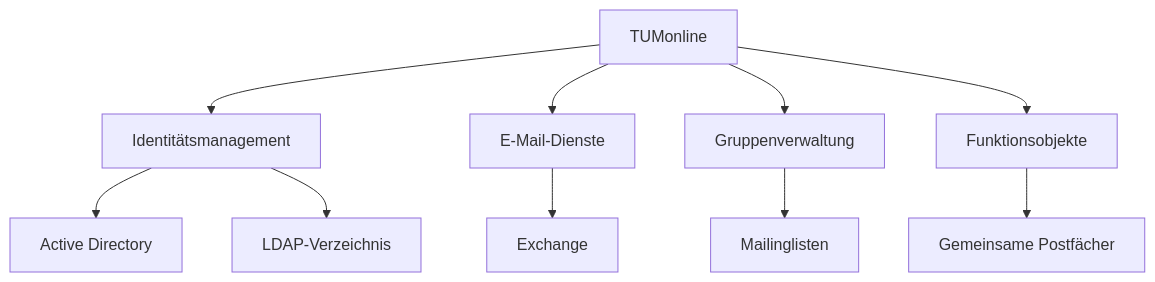
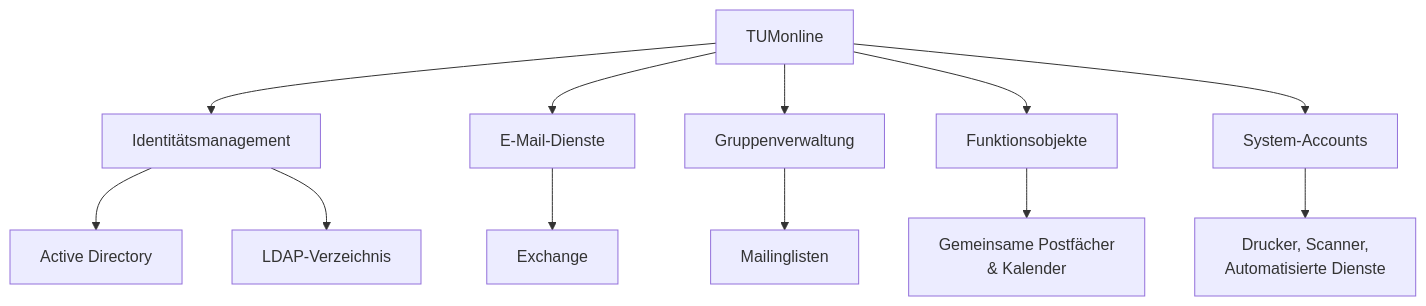
The seventh of 7 diagrams in de/chapters/03-benutzerverwaltung.qmd (jtimo/tum-ito-admin-guide), drawn with Mermaid before and after one commit. The commit also changed other lines of this file and 7 other files, not shown here.

````diff
--- a/de/chapters/03-benutzerverwaltung.qmd
+++ b/de/chapters/03-benutzerverwaltung.qmd
@@ -235,16 +327,18 @@
 ```{mermaid}
 %%| fig-cap: "TUMonline Service-Integration"
 flowchart TB
     TUMonline["TUMonline"]
 
     TUMonline --> Identity["Identitätsmanagement"]
     TUMonline --> Email["E-Mail-Dienste"]
     TUMonline --> Groups["Gruppenverwaltung"]
     TUMonline --> Functions["Funktionsobjekte"]
+    TUMonline --> SysAcc["System-Accounts"]
 
     Identity --> AD["Active Directory"]
     Identity --> LDAP["LDAP-Verzeichnis"]
     Email --> Exchange["Exchange"]
     Groups --> Lists["Mailinglisten"]
-    Functions --> Shared["Gemeinsame Postfächer"]
+    Functions --> Shared["Gemeinsame Postfächer<br/>& Kalender"]
+    SysAcc --> Devices["Drucker, Scanner,<br/>Automatisierte Dienste"]
 ```
````
